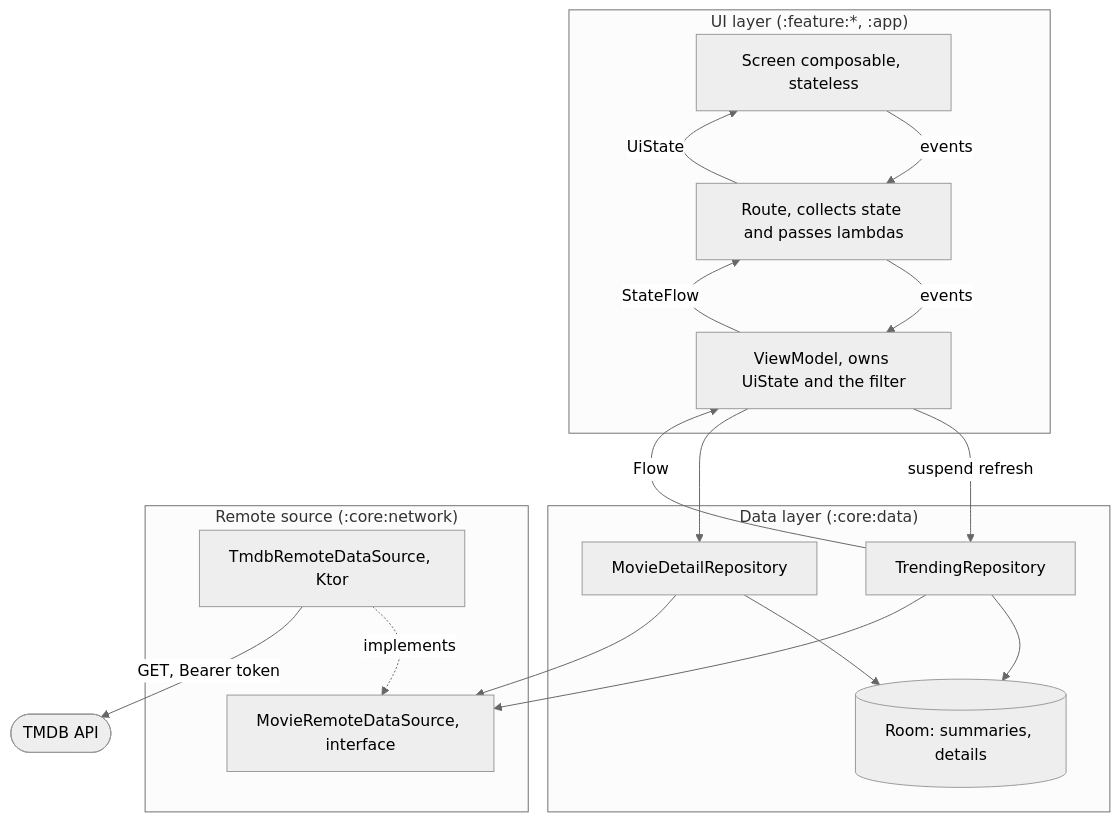
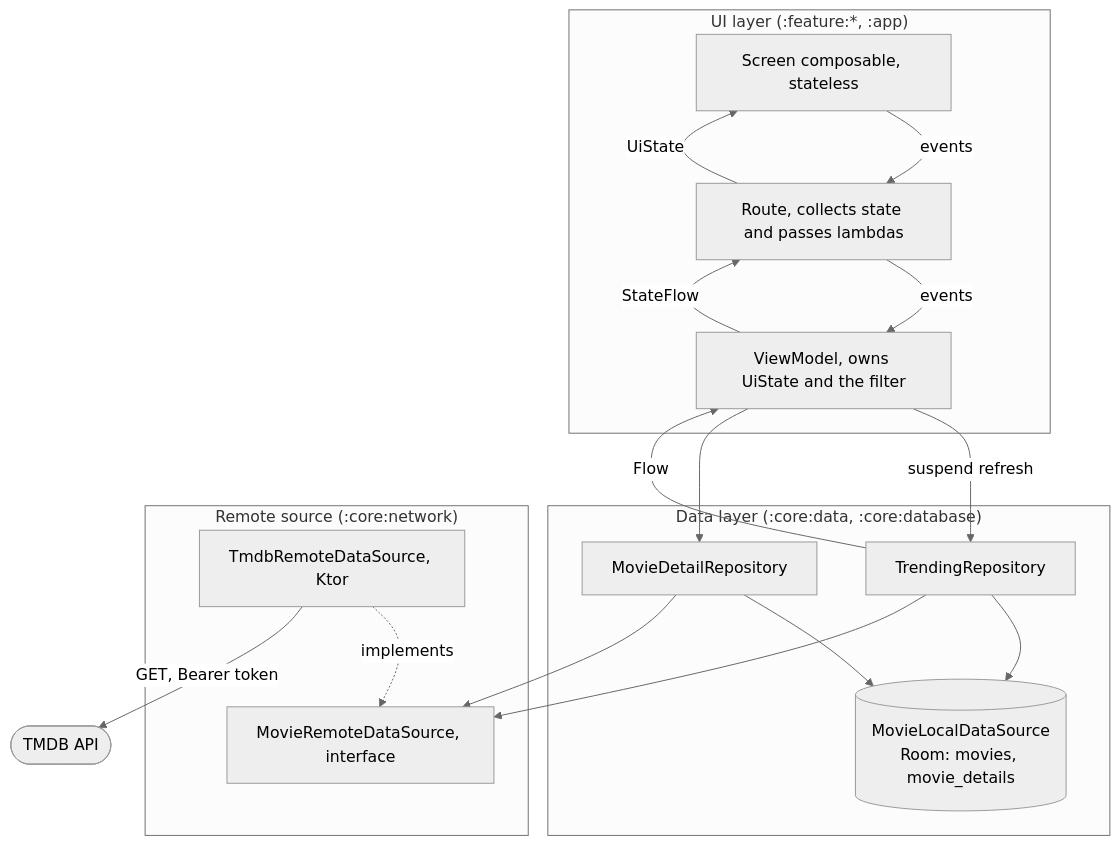
Before and after one commit to shayanhimself/AMRO: the second of 3 diagrams in docs/architecture.md, drawn with Mermaid (neutral theme). The commit also changed other lines of this file and 21 other files, not shown here.

Commit message:
add DB and LocalDataSource

````diff
--- a/docs/architecture.md
+++ b/docs/architecture.md
@@ -85,37 +85,37 @@
 ```mermaid
 graph TD
     subgraph UILAYER["UI layer (:feature:*, :app)"]
         Screen["Screen composable, stateless"]
         Route["Route, collects state and passes lambdas"]
         VM["ViewModel, owns UiState and the filter"]
     end
 
-    subgraph DATALAYER["Data layer (:core:data)"]
+    subgraph DATALAYER["Data layer (:core:data, :core:database)"]
         TrendingRepo["TrendingRepository"]
         DetailRepo["MovieDetailRepository"]
-        Room[("Room: summaries, details")]
+        Room[("MovieLocalDataSource<br/>Room: movies, movie_details")]
     end
 
     subgraph SOURCE["Remote source (:core:network)"]
         Contract["MovieRemoteDataSource, interface"]
         Tmdb["TmdbRemoteDataSource, Ktor"]
     end
 
     API(["TMDB API"])
 
     Screen -->|events| Route
     Route -->|events| VM
     Route -->|UiState| Screen
     VM -->|StateFlow| Route
 
     VM -->|"suspend refresh"| TrendingRepo
     TrendingRepo -->|Flow| VM
     VM --> DetailRepo
 
     TrendingRepo --> Room
     TrendingRepo --> Contract
     DetailRepo --> Room
     DetailRepo --> Contract
     Tmdb -.->|implements| Contract
     Tmdb -->|"GET, Bearer token"| API
 ```
````
